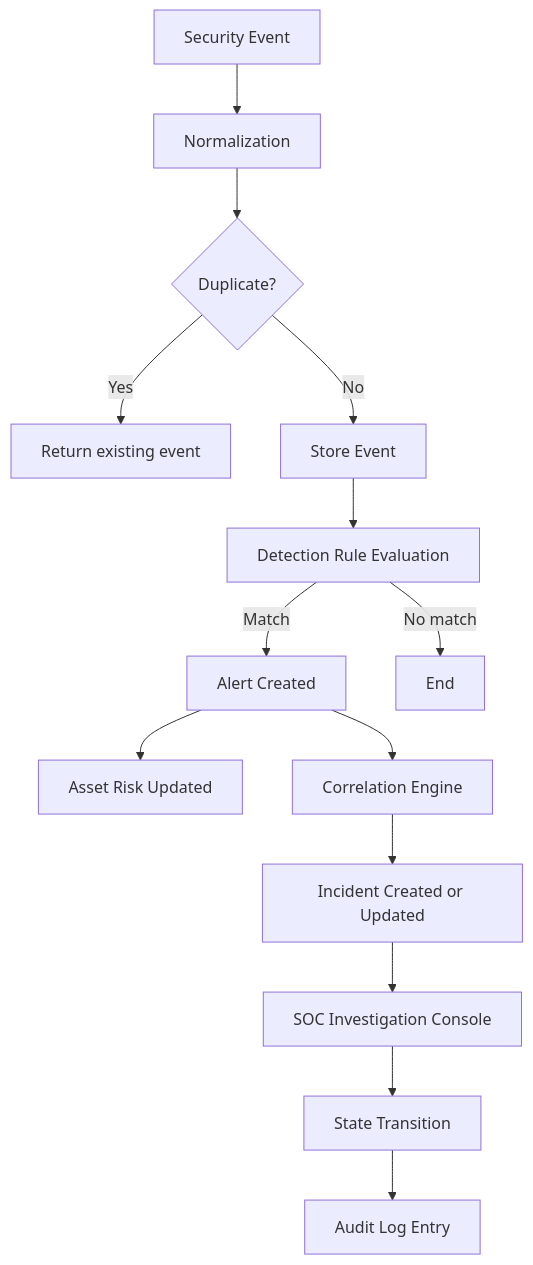
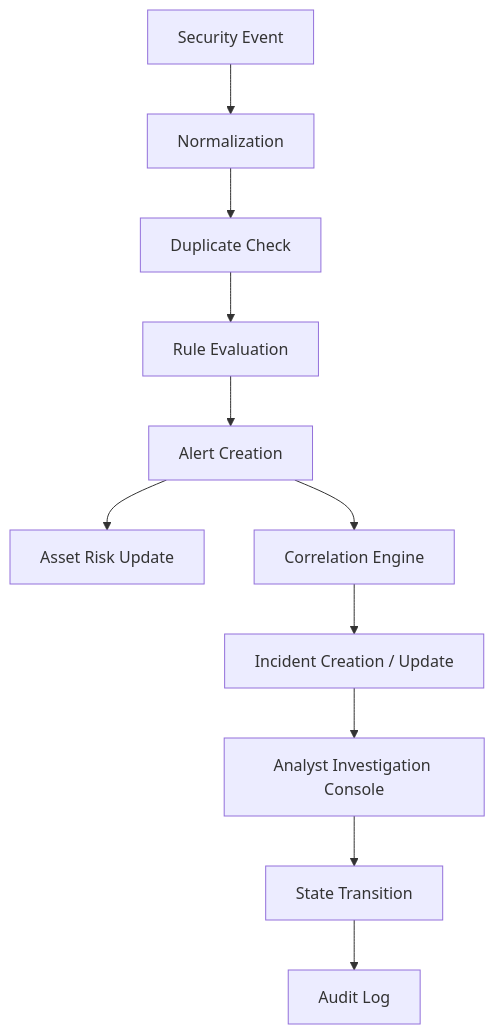
One commit to hickytani/threat changed the first of 2 diagrams in README.md. Above: the diagram before and after it, drawn with Mermaid. The commit also changed other lines of this file and 49 other files, not shown here.

Commit message:
feat(pipeline): implement canonical event pipeline engine, ingestion credentials, rate-limiting hardening, and live telemetry dashboards

````diff
--- a/README.md
+++ b/README.md
@@ -28,16 +30,13 @@
 ```mermaid
 graph TD
-    SE[Security Event] --> NRM[Normalization]
-    NRM --> DUP{Duplicate?}
-    DUP -->|Yes| SKIP[Return existing event]
-    DUP -->|No| STORE[Store Event]
-    STORE --> DET[Detection Rule Evaluation]
-    DET -->|Match| ALR[Alert Created]
-    DET -->|No match| END[End]
-    ALR --> RSK[Asset Risk Updated]
-    ALR --> COR[Correlation Engine]
-    COR --> INC[Incident Created or Updated]
-    INC --> INV[SOC Investigation Console]
-    INV --> TRN[State Transition]
-    TRN --> AUD[Audit Log Entry]
+    A[Security Event] --> B[Normalization]
+    B --> C[Duplicate Check]
+    C --> D[Rule Evaluation]
+    D --> E[Alert Creation]
+    E --> F[Asset Risk Update]
+    E --> G[Correlation Engine]
+    G --> H[Incident Creation / Update]
+    H --> I[Analyst Investigation Console]
+    I --> J[State Transition]
+    J --> K[Audit Log]
 ```
````
